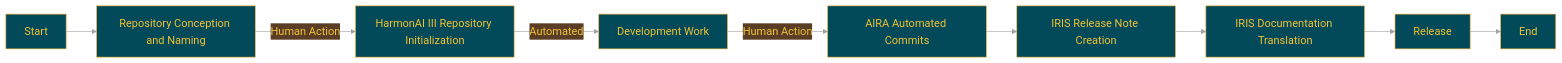
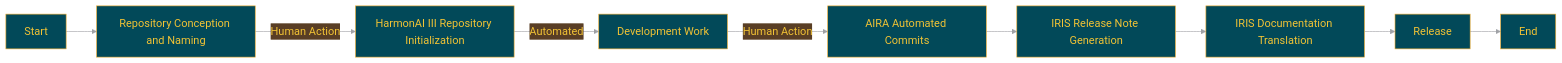
The diagram in docs/README.en.md (Sunwood-ai-labs/x-archive-visualizer), drawn with Mermaid before and after one commit. The commit also changed other lines of this file, not shown here.

````diff
--- a/docs/README.en.md
+++ b/docs/README.en.md
@@ -199,20 +199,20 @@
 ```mermaid
 %%{init:{'theme':'base','themeVariables':{'primaryColor':'#024959','primaryTextColor':'#F2C335','primaryBorderColor':'#F2AE30','lineColor':'#A1A2A6','secondaryColor':'#593E25','tertiaryColor':'#F2C335','noteTextColor':'#024959','noteBkgColor':'#F2C335','textColor':'#024959','fontSize':'18px'}}}%%
 
 graph LR
     A[Start] --> B[Repository Conception and Naming]
     B -->|Human Action| C[HarmonAI III Repository Initialization]
     C -->|Automated| D[Development Work]
     D -->|Human Action| E[AIRA Automated Commits]
-    E --> H[IRIS Release Note Creation]
+    E --> H[IRIS Release Note Generation]
     H --> I[IRIS Documentation Translation]
     I --> J[Release]
     J --> K[End]
 
-    class B,D,G human;
+    class B,D human;
     class E aira;
     class F,H,I iris;
     class C auto;
     class A,J,K process;
 
 ```
````
